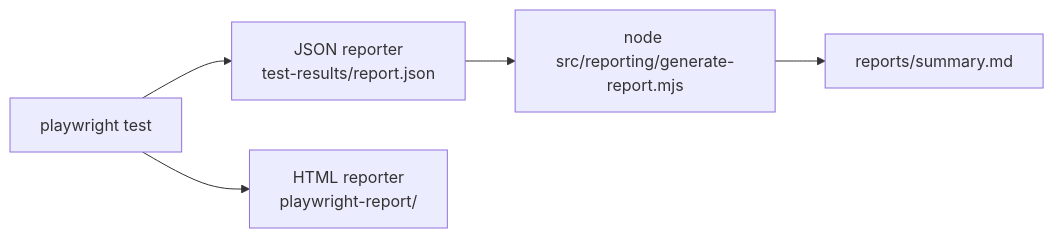
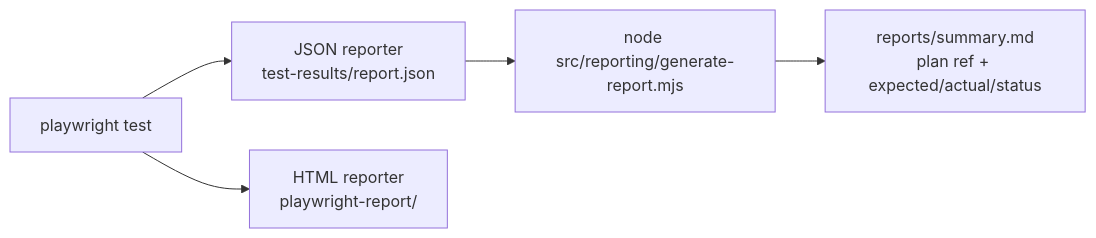
One commit to loveautomate/ai-qa-agent changed the third of 4 diagrams in docs/flows.md. Above: the diagram before and after it, drawn with Mermaid. The commit also changed 7 other files, not shown here.

````diff
--- a/docs/flows.md
+++ b/docs/flows.md
@@ -46,7 +46,7 @@
 ```mermaid
 flowchart LR
   T["playwright test"] --> J["JSON reporter<br/>test-results/report.json"]
   T --> H["HTML reporter<br/>playwright-report/"]
   J --> G["node src/reporting/generate-report.mjs"]
-  G --> M["reports/summary.md"]
+  G --> M["reports/summary.md<br/>plan ref + expected/actual/status"]
 ```
````
